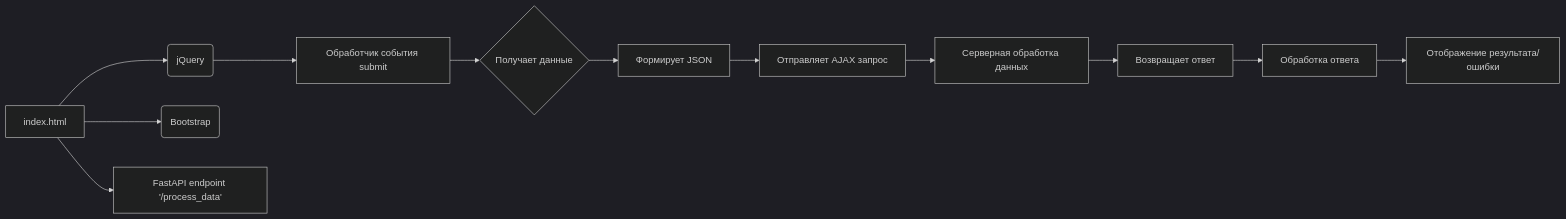
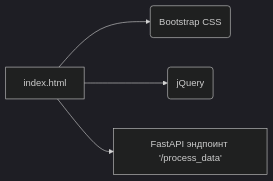
Before and after one commit to hypo69/hypo: the second of 2 diagrams in docs/gemini/ru/explainer/src/fast_api/html/index.md, drawn with Mermaid (dark theme). The commit also changed other lines of this file and 468 other files, not shown here.

````diff
--- a/docs/gemini/ru/explainer/src/fast_api/html/index.md
+++ b/docs/gemini/ru/explainer/src/fast_api/html/index.md
@@ -93,14 +101,6 @@
 ```mermaid
 graph LR
-    A[index.html] --> B(jQuery);
-    A --> C(Bootstrap);
-    A --> D[FastAPI endpoint '/process_data'];
-    B --> E[Обработчик события submit];
-    E --> F{Получает данные};
-    F --> G[Формирует JSON];
-    G --> H[Отправляет AJAX запрос];
-    H --> I[Серверная обработка данных];
-    I --> J[Возвращает ответ];
-    J --> K[Обработка ответа];
-    K --> L[Отображение результата/ошибки];
+    A[index.html] --> B(Bootstrap CSS);
+    A --> C(jQuery);
+    A --> D[FastAPI эндпоинт '/process_data'];
 ```
````
